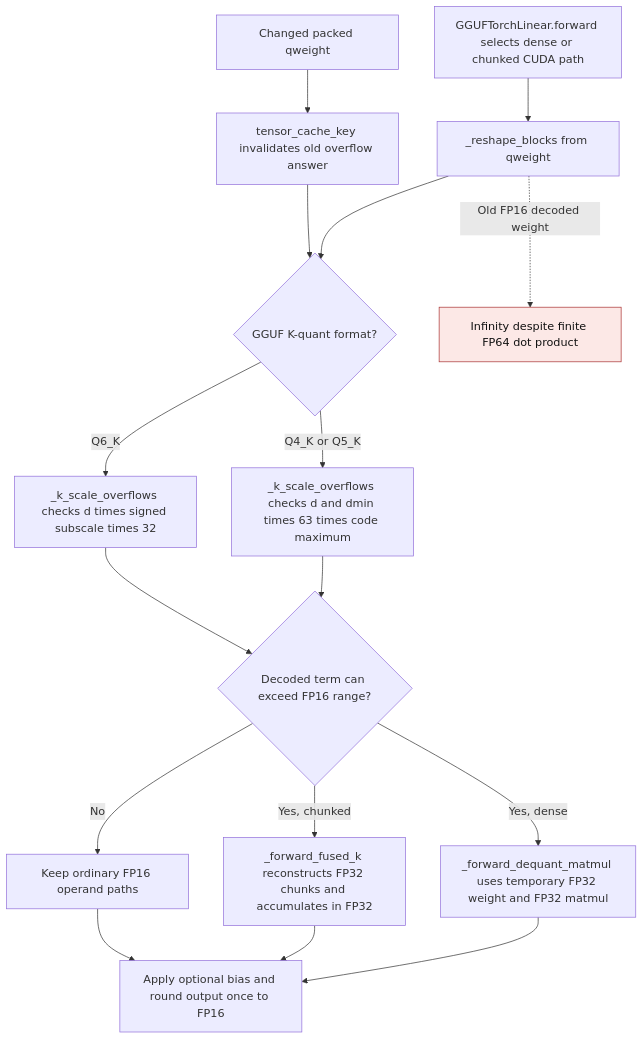
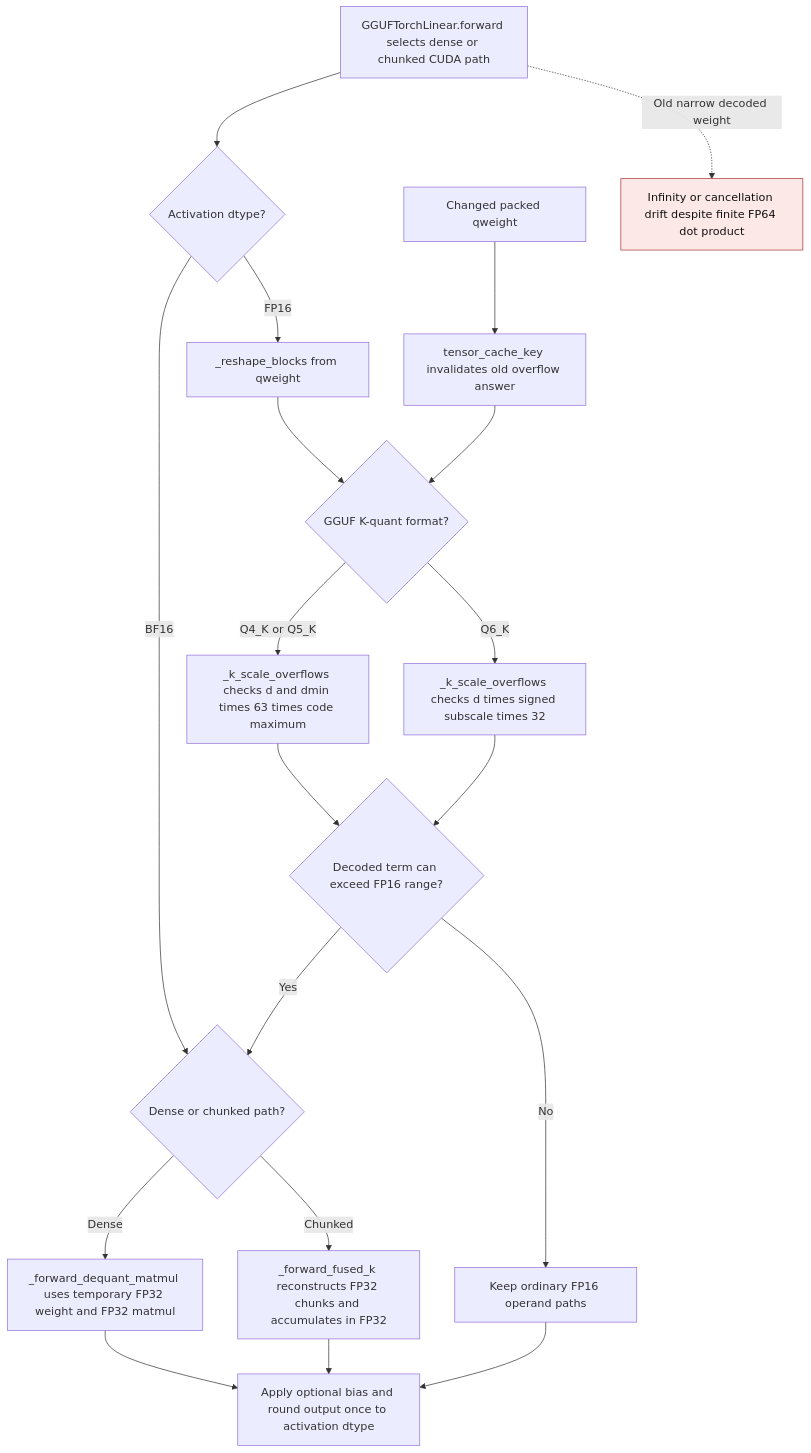
Before and after one commit to ModelCloud/GPTQModel: the second of 2 diagrams in docs/gguf-k-scale-overflow-cache.md, drawn with Mermaid. The commit also changed other lines of this file and 3 other files, not shown here.

Commit message:
Keep BF16 K-quant dense fallback wide through cancellation

````diff
--- a/docs/gguf-k-scale-overflow-cache.md
+++ b/docs/gguf-k-scale-overflow-cache.md
@@ -84,20 +87,23 @@
 ```mermaid
 flowchart TD
-    A["GGUFTorchLinear.forward selects dense or chunked CUDA path"] --> B["_reshape_blocks from qweight"]
-    B --> C{"GGUF K-quant format?"}
-    C -- "Q4_K or Q5_K" --> D["_k_scale_overflows checks d and dmin times 63 times code maximum"]
-    C -- "Q6_K" --> E["_k_scale_overflows checks d times signed subscale times 32"]
-    D --> F{"Decoded term can exceed FP16 range?"}
-    E --> F
-    F -- "Yes, dense" --> G["_forward_dequant_matmul uses temporary FP32 weight and FP32 matmul"]
-    F -- "Yes, chunked" --> H["_forward_fused_k reconstructs FP32 chunks and accumulates in FP32"]
-    F -- "No" --> I["Keep ordinary FP16 operand paths"]
-    G --> J["Apply optional bias and round output once to FP16"]
+    A["GGUFTorchLinear.forward selects dense or chunked CUDA path"] --> B{"Activation dtype?"}
+    B -- "BF16" --> W{"Dense or chunked path?"}
+    B -- "FP16" --> C["_reshape_blocks from qweight"]
+    C --> D{"GGUF K-quant format?"}
+    D -- "Q4_K or Q5_K" --> E["_k_scale_overflows checks d and dmin times 63 times code maximum"]
+    D -- "Q6_K" --> F["_k_scale_overflows checks d times signed subscale times 32"]
+    E --> R{"Decoded term can exceed FP16 range?"}
+    F --> R
+    R -- "Yes" --> W
+    W -- "Dense" --> G["_forward_dequant_matmul uses temporary FP32 weight and FP32 matmul"]
+    W -- "Chunked" --> H["_forward_fused_k reconstructs FP32 chunks and accumulates in FP32"]
+    R -- "No" --> I["Keep ordinary FP16 operand paths"]
+    G --> J["Apply optional bias and round output once to activation dtype"]
     H --> J
     I --> J
     K["Changed packed qweight"] --> L["tensor_cache_key invalidates old overflow answer"]
-    L --> C
-    B -. "Old FP16 decoded weight" .-> X["Infinity despite finite FP64 dot product"]
+    L --> D
+    A -. "Old narrow decoded weight" .-> X["Infinity or cancellation drift despite finite FP64 dot product"]
     classDef failure fill:#fce8e6,stroke:#a33,color:#111
     class X failure
 ```
````
